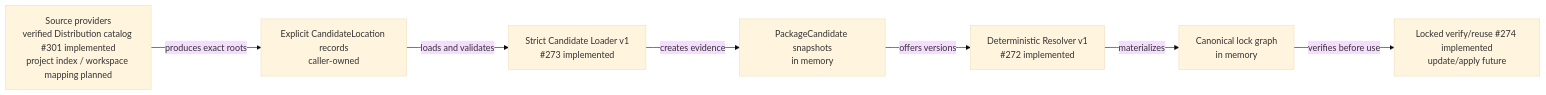
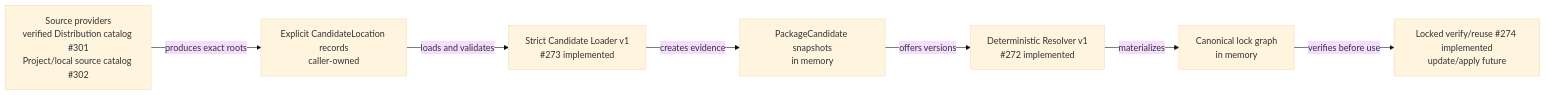
The diagram in docs/architecture/adr-package-candidate-discovery-v1.md (66six11/Engine), drawn with Mermaid (base theme) before and after one commit. The commit also changed other lines of this file and 12 other files, not shown here.

Commit message:
feat: derive project package source catalog

````diff
--- a/docs/architecture/adr-package-candidate-discovery-v1.md
+++ b/docs/architecture/adr-package-candidate-discovery-v1.md
@@ -42,17 +45,17 @@
 ```mermaid
 flowchart LR
-    Providers["Source providers\nverified Distribution catalog #301 implemented\nproject index / workspace mapping planned"]
+    Providers["Source providers\nverified Distribution catalog #301\nProject/local source catalog #302"]
     Locations["Explicit CandidateLocation records\ncaller-owned"]
     Loader["Strict Candidate Loader v1\n#273 implemented"]
     Candidates["PackageCandidate snapshots\nin memory"]
     Resolver["Deterministic Resolver v1\n#272 implemented"]
     Lock["Canonical lock graph\nin memory"]
     Locked["Locked verify/reuse #274 implemented\nupdate/apply future"]
 
     Providers -->|"produces exact roots"| Locations
     Locations -->|"loads and validates"| Loader
     Loader -->|"creates evidence"| Candidates
     Candidates -->|"offers versions"| Resolver
     Resolver -->|"materializes"| Lock
     Lock -->|"verifies before use"| Locked
 ```
````
